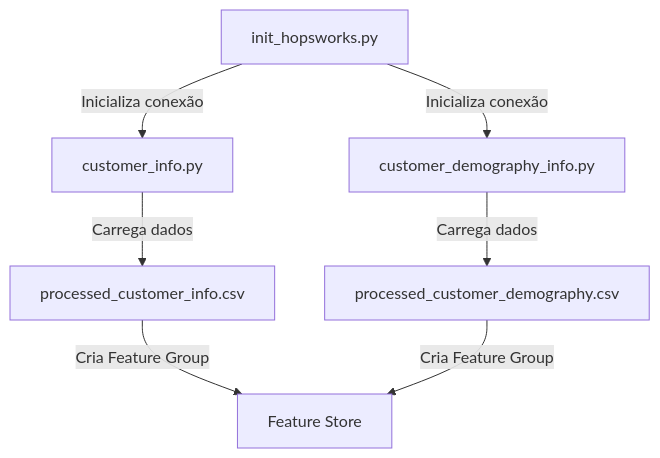
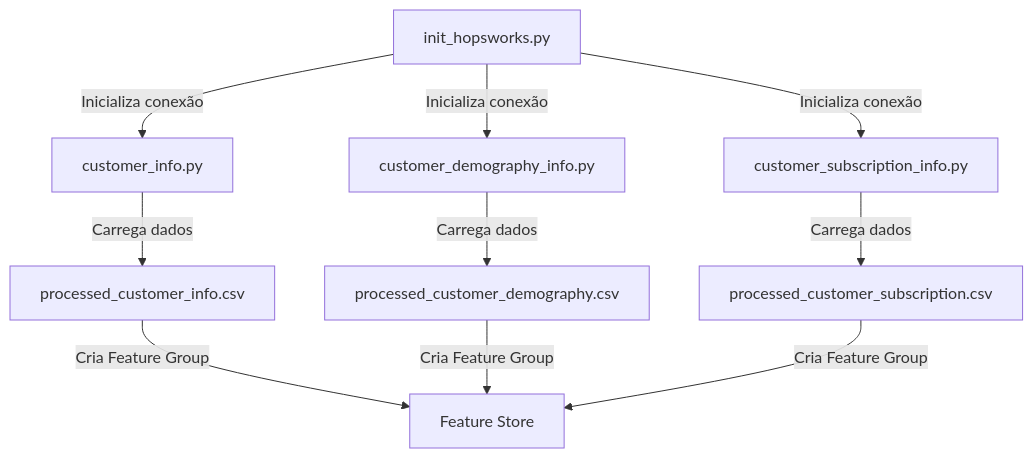
Before and after one commit to hgamaf/Hopsworks_featurestore: the diagram in README.md, drawn with Mermaid. The commit also changed other lines of this file and 1 other file, not shown here.

Commit message:
subscription info

````diff
--- a/README.md
+++ b/README.md
@@ -66,10 +68,14 @@
 ```mermaid
 graph TB
     A[init_hopsworks.py] -->|Inicializa conexão| B[customer_info.py]
     B -->|Carrega dados| C[processed_customer_info.csv]
     C -->|Cria Feature Group| D[Feature Store]
     
     A -->|Inicializa conexão| E[customer_demography_info.py]
     E -->|Carrega dados| F[processed_customer_demography.csv]
     F -->|Cria Feature Group| D
+    
+    A -->|Inicializa conexão| G[customer_subscription_info.py]
+    G -->|Carrega dados| H[processed_customer_subscription.csv]
+    H -->|Cria Feature Group| D
 ```
````
